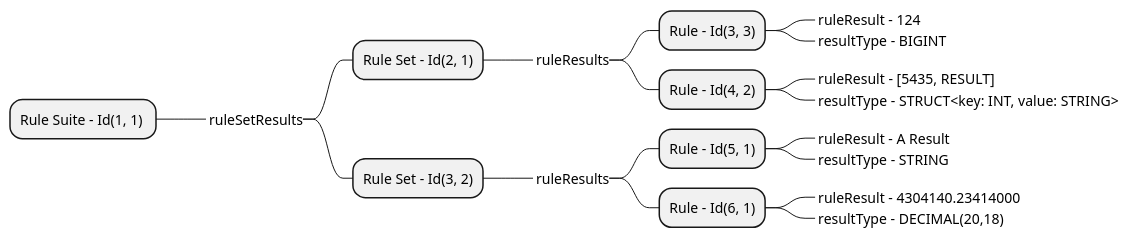
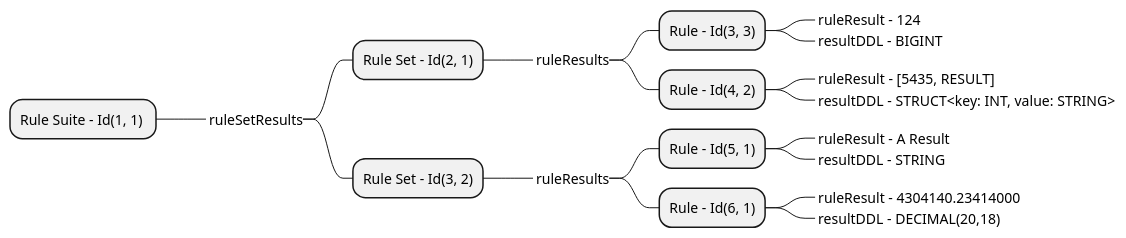
Before and after one commit to sparkutils/quality: the diagram in docs/getting_started/expressionRunner.puml, drawn with PlantUML. The commit also changed 9 other files, not shown here.

Commit message:
#32 - add strip_result_ddl function and support ~cut-release

```diff
--- a/docs/getting_started/expressionRunner.puml
+++ b/docs/getting_started/expressionRunner.puml
@@ -1,22 +1,22 @@
 @startmindmap
 
 * Rule Suite - Id(1, 1) 
  *_ ruleSetResults
   * Rule Set - Id(2, 1)
    *_ ruleResults
     * Rule - Id(3, 3)
      *_ ruleResult - 124
-     *_ resultType - BIGINT
+     *_ resultDDL - BIGINT
     * Rule - Id(4, 2)
      *_ ruleResult - [5435, RESULT]
-     *_ resultType - STRUCT<key: INT, value: STRING>
+     *_ resultDDL - STRUCT<key: INT, value: STRING>
   * Rule Set - Id(3, 2)
    *_ ruleResults
     * Rule - Id(5, 1)
      *_ ruleResult - A Result
-     *_ resultType - STRING
+     *_ resultDDL - STRING
     * Rule - Id(6, 1)
      *_ ruleResult - 4304140.23414000
-     *_ resultType - DECIMAL(20,18)
+     *_ resultDDL - DECIMAL(20,18)
 
 @endmindmap
```
